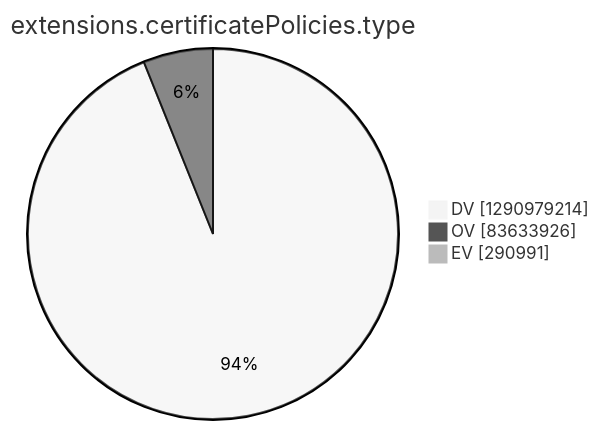
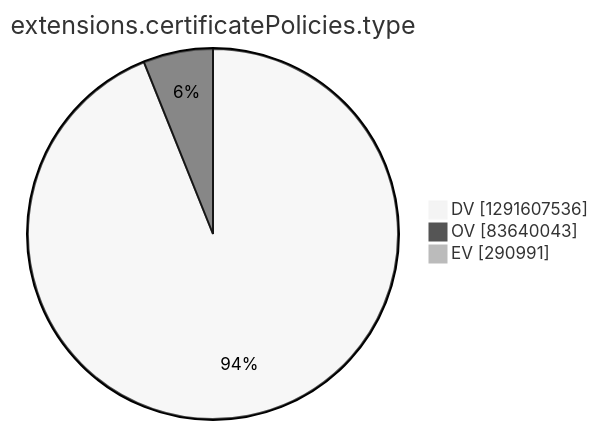
Before and after one commit to christiankrug/ctmonitor_visualization: the tenth of 15 diagrams in argon2022/README.md, drawn with Mermaid (neutral theme). The commit also changed other lines of this file, not shown here.

````diff
--- a/argon2022/README.md
+++ b/argon2022/README.md
@@ -2771,7 +2771,7 @@
 ```mermaid
 pie showData
 title extensions.certificatePolicies.type
-"DV" :1290979214
-"OV" :83633926
+"DV" :1291607536
+"OV" :83640043
 "EV" :290991
 ```
````
